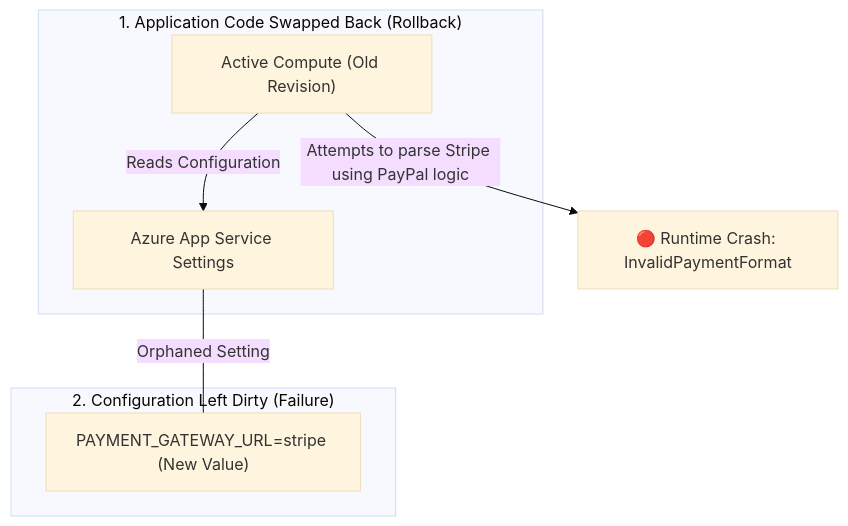
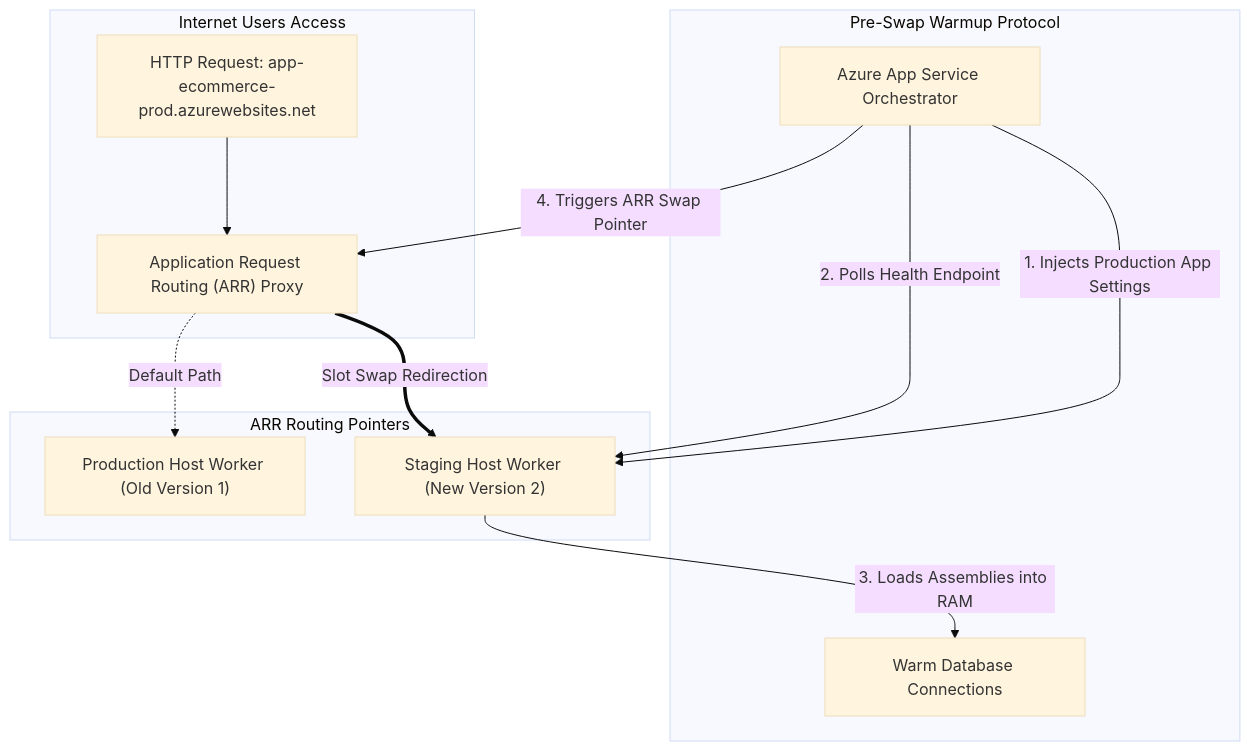
One commit to senlinyy/dev-roadmaps changed the diagram in cloud-providers/azure/deployment-runtime-operations/what-is-a-release.md. Above: the diagram before and after it, drawn with Mermaid (base theme). The commit also changed other lines of this file and 343 other files, not shown here.

````diff
--- a/cloud-providers/azure/deployment-runtime-operations/what-is-a-release.md
+++ b/cloud-providers/azure/deployment-runtime-operations/what-is-a-release.md
@@ -227,12 +228,18 @@
 ```mermaid
 flowchart TD
-    subgraph SwappedCode["1. Application Code Swapped Back (Rollback)"]
-        Active["Active Compute (Old Revision)"] -->|"Reads Configuration"| ConfigStore["Azure App Service Settings"]
+    subgraph UserRequest["Internet Users Access"]
+        HTTP["HTTP Request: app-ecommerce-prod.azurewebsites.net"] --> ARR["Application Request Routing (ARR) Proxy"]
     end
 
-    subgraph DirtyConfig["2. Configuration Left Dirty (Failure)"]
-        ConfigStore ---|"Orphaned Setting"| Dirty["PAYMENT_GATEWAY_URL=stripe (New Value)"]
+    subgraph ARRVirtualRouting["ARR Routing Pointers"]
+        ARR -.->|"Default Path"| ProdVM["Production Host Worker (Old Version 1)"]
+        ARR ==>|"Slot Swap Redirection"| StagingVM["Staging Host Worker (New Version 2)"]
     end
 
-    Active -->|"Attempts to parse Stripe using PayPal logic"| Crash["🔴 Runtime Crash: InvalidPaymentFormat"]
+    subgraph WarmUpSequence["Pre-Swap Warmup Protocol"]
+        Orchestrator["Azure App Service Orchestrator"] -->|"1. Injects Production App Settings"| StagingVM
+        Orchestrator -->|"2. Polls Health Endpoint"| StagingVM
+        StagingVM -->|"3. Loads Assemblies into RAM"| DbPool["Warm Database Connections"]
+        Orchestrator -->|"4. Triggers ARR Swap Pointer"| ARR
+    end
 ```
````
